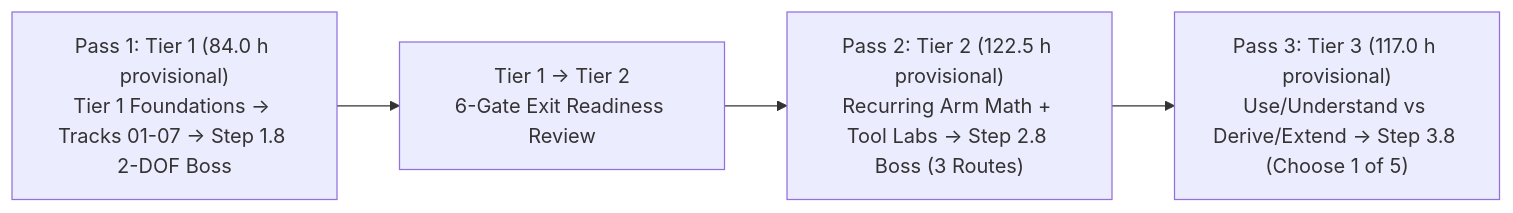
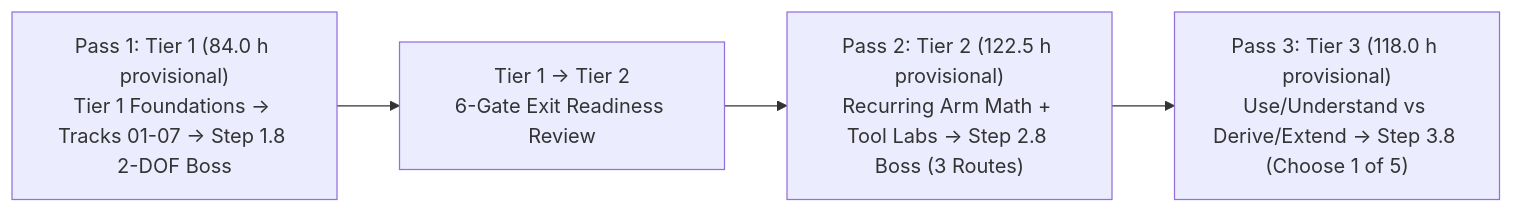
One commit to TLE47/Mechatronics-Roadmap changed the diagram in docs/SYLLABUS.md. Above: the diagram before and after it, drawn with Mermaid. The commit also changed other lines of this file and 54 other files, not shown here.

````diff
--- a/docs/SYLLABUS.md
+++ b/docs/SYLLABUS.md
@@ -51,6 +51,6 @@
 ```mermaid
 flowchart LR
     T1["Pass 1: Tier 1 (84.0 h provisional)<br/>Tier 1 Foundations -> Tracks 01-07 -> Step 1.8 2-DOF Boss"] --> EXIT["Tier 1 -> Tier 2<br/>6-Gate Exit Readiness Review"]
     EXIT --> T2["Pass 2: Tier 2 (122.5 h provisional)<br/>Recurring Arm Math + Tool Labs -> Step 2.8 Boss (3 Routes)"]
-    T2 --> T3["Pass 3: Tier 3 (117.0 h provisional)<br/>Use/Understand vs Derive/Extend -> Step 3.8 (Choose 1 of 5)"]
+    T2 --> T3["Pass 3: Tier 3 (118.0 h provisional)<br/>Use/Understand vs Derive/Extend -> Step 3.8 (Choose 1 of 5)"]
 ```
````
